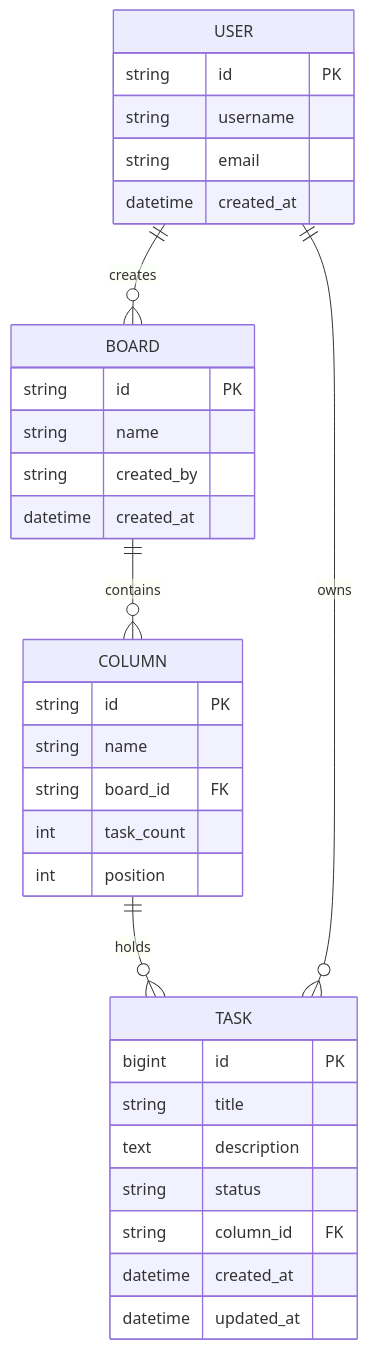
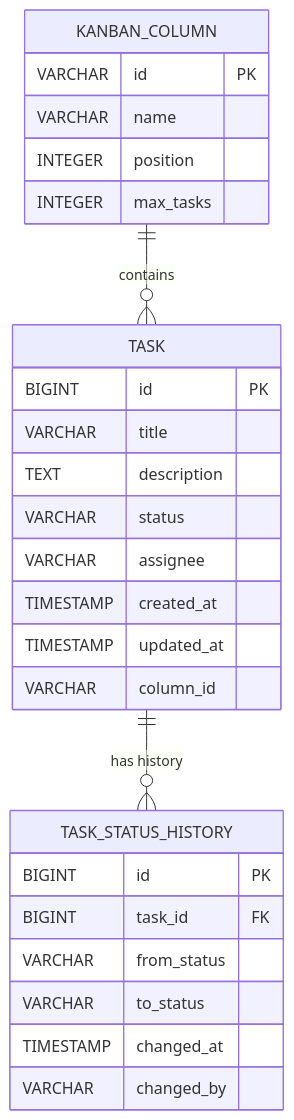
The diagram in lld/lld_DEMO-222.md (ThapaswiASC/SCIB-INCEPTION-PHASE-DEMO), drawn with Mermaid before and after one commit. The commit also changed other lines of this file, not shown here.

Commit message:
feat: Add SpringBoot LLD for Kanban drag-and-drop functionality (DEMO-222)

````diff
--- a/lld/lld_DEMO-222.md
+++ b/lld/lld_DEMO-222.md
@@ -361,39 +427,32 @@
 ```mermaid
 erDiagram
-    BOARD {
-        string id PK
-        string name
-        string created_by
-        datetime created_at
+    TASK {
+        BIGINT id PK
+        VARCHAR title
+        TEXT description
+        VARCHAR status
+        VARCHAR assignee
+        TIMESTAMP created_at
+        TIMESTAMP updated_at
+        VARCHAR column_id
     }
     
-    COLUMN {
-        string id PK
-        string name
-        string board_id FK
-        int task_count
-        int position
+    TASK_STATUS_HISTORY {
+        BIGINT id PK
+        BIGINT task_id FK
+        VARCHAR from_status
+        VARCHAR to_status
+        TIMESTAMP changed_at
+        VARCHAR changed_by
     }
     
-    TASK {
-        bigint id PK
-        string title
-        text description
-        string status
-        string column_id FK
-        datetime created_at
-        datetime updated_at
+    KANBAN_COLUMN {
+        VARCHAR id PK
+        VARCHAR name
+        INTEGER position
+        INTEGER max_tasks
     }
     
-    USER {
-        string id PK
-        string username
-        string email
-        datetime created_at
-    }
-    
-    BOARD ||--o{ COLUMN : contains
-    COLUMN ||--o{ TASK : holds
-    USER ||--o{ BOARD : creates
-    USER ||--o{ TASK : owns
+    TASK ||--o{ TASK_STATUS_HISTORY : "has history"
+    KANBAN_COLUMN ||--o{ TASK : "contains"
 ```
````
